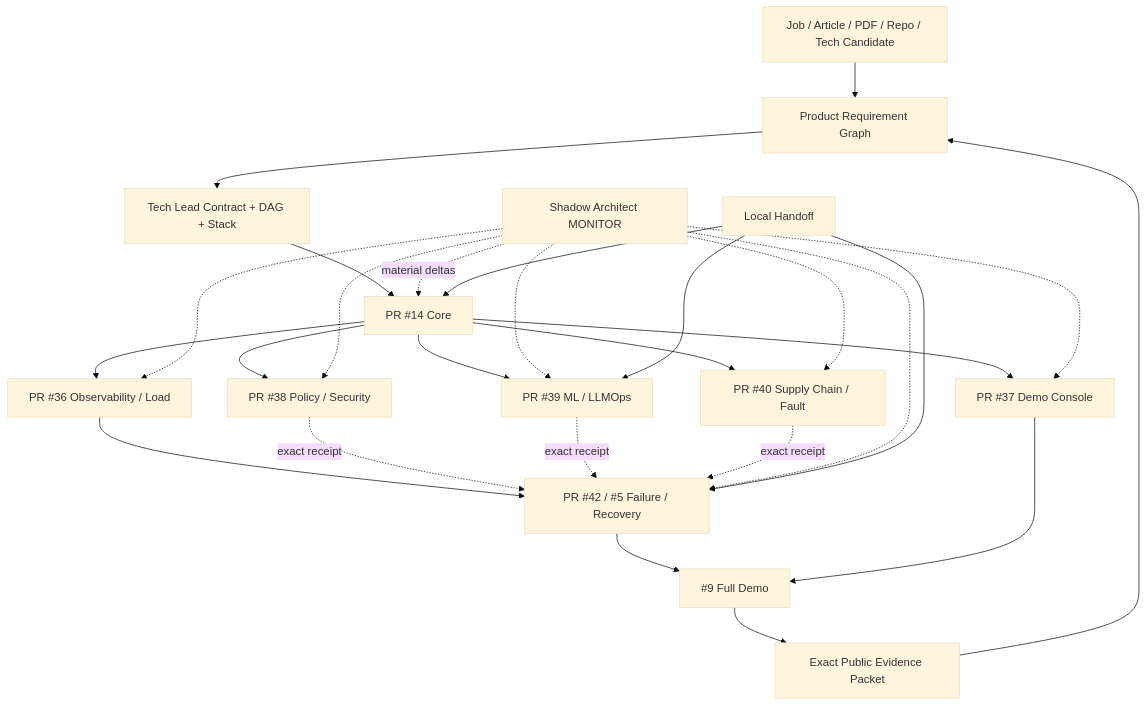
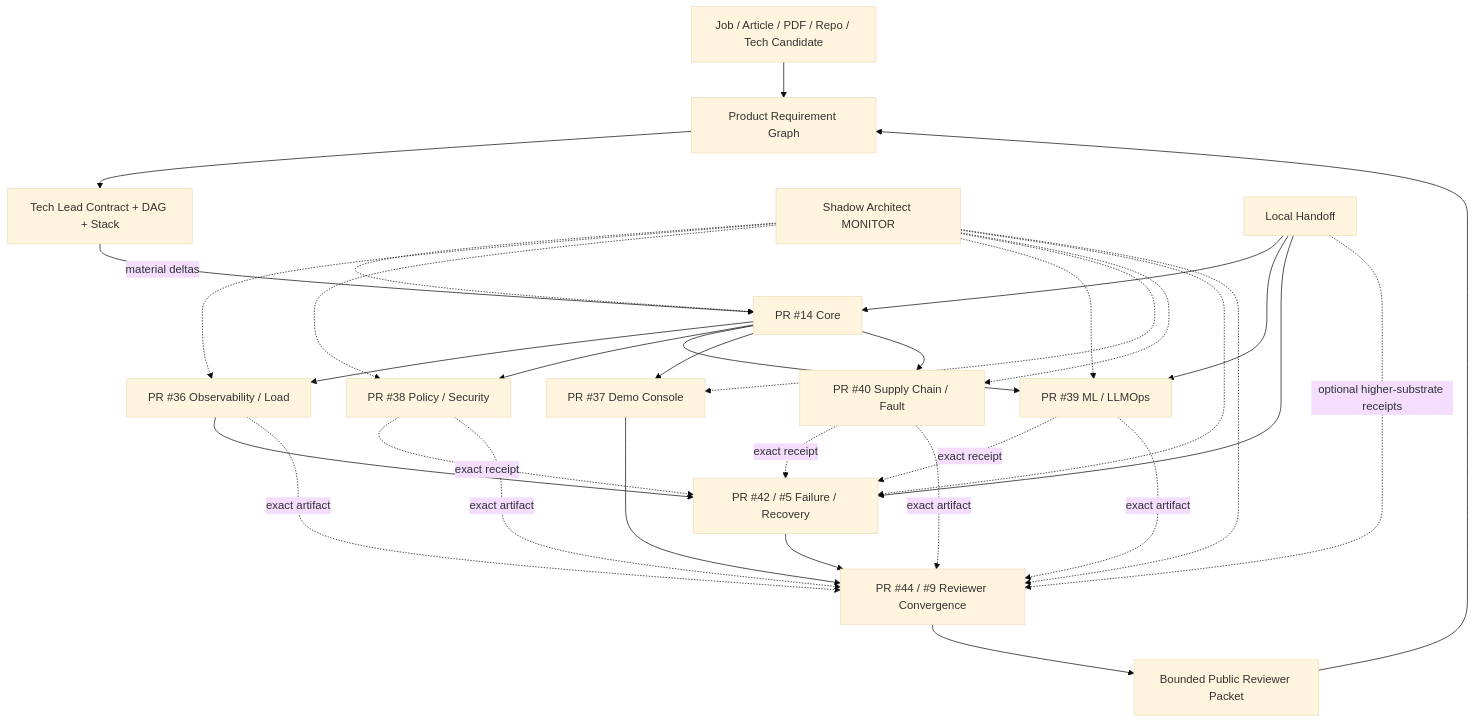
Before and after one commit to ed3c/DevOps-Manager-Notes: the diagram in README.md, drawn with Mermaid (base theme). The commit also changed other lines of this file, not shown here.

Commit message:
docs: advance README to public M4 reviewer convergence

````diff
--- a/README.md
+++ b/README.md
@@ -193,29 +212,35 @@
 ```mermaid
 flowchart TD
     S[Job / Article / PDF / Repo / Tech Candidate] --> P[Product Requirement Graph]
     P --> TL[Tech Lead Contract + DAG + Stack]
     TL --> K2[PR #14 Core]
     K2 --> O[PR #36 Observability / Load]
     K2 --> SEC[PR #38 Policy / Security]
     K2 --> ML[PR #39 ML / LLMOps]
     K2 --> UI[PR #37 Demo Console]
     K2 --> SUP[PR #40 Supply Chain / Fault]
     O --> X5[PR #42 / #5 Failure / Recovery]
     SEC -. exact receipt .-> X5
     ML -. exact receipt .-> X5
     SUP -. exact receipt .-> X5
-    X5 --> X9[#9 Full Demo]
+    X5 --> X9[PR #44 / #9 Reviewer Convergence]
     UI --> X9
-    X9 --> EV[Exact Public Evidence Packet]
+    O -. exact artifact .-> X9
+    SEC -. exact artifact .-> X9
+    ML -. exact artifact .-> X9
+    SUP -. exact artifact .-> X9
+    X9 --> EV[Bounded Public Reviewer Packet]
     EV --> P
     SH[Shadow Architect MONITOR] -. material deltas .-> K2
     SH -.-> O
     SH -.-> SEC
     SH -.-> ML
     SH -.-> UI
     SH -.-> SUP
     SH -.-> X5
+    SH -.-> X9
     LH[Local Handoff] --> K2
     LH --> ML
     LH --> X5
+    LH -. optional higher-substrate receipts .-> X9
 ```
````
